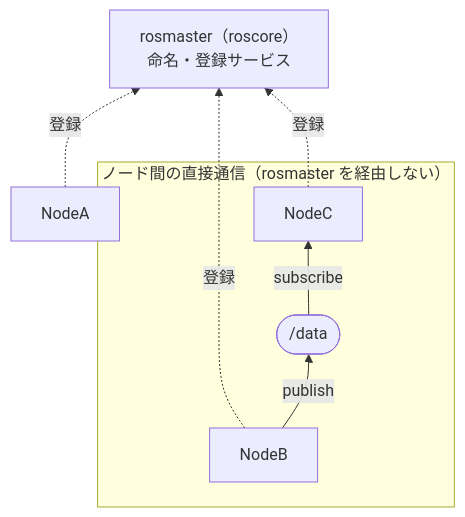
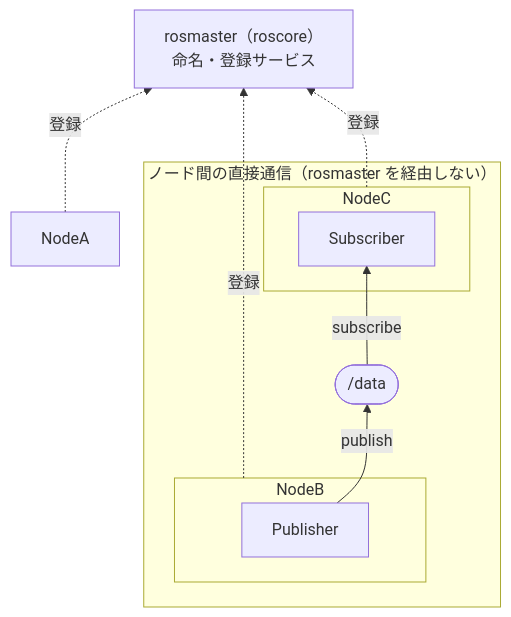
One commit to Harlequinade1123/ros1-tutorials changed the fourth of 4 diagrams in docs/01_introduction.md. Above: the diagram before and after it, drawn with Mermaid. The commit also changed other lines of this file, not shown here.

Commit message:
docs: add Publisher/Subscriber subgraphs to node diagrams in ch.1

````diff
--- a/docs/01_introduction.md
+++ b/docs/01_introduction.md
@@ -138,15 +157,19 @@
 ```mermaid
 graph BT
     rosmaster["rosmaster（roscore）<br/>命名・登録サービス"]
     NodeA["NodeA"]
     subgraph direct["ノード間の直接通信（rosmaster を経由しない）"]
-        NodeB["NodeB"]
+        subgraph nodeBsg ["NodeB"]
+            nbPub["Publisher"]
+        end
         topic(["/data"])
-        NodeC["NodeC"]
+        subgraph nodeCsg ["NodeC"]
+            ncSub["Subscriber"]
+        end
     end
     NodeA -.->|"登録"| rosmaster
-    NodeB -.->|"登録"| rosmaster
-    NodeC -.->|"登録"| rosmaster
-    NodeB -->|"publish"| topic
-    topic -->|"subscribe"| NodeC
+    nodeBsg -.->|"登録"| rosmaster
+    nodeCsg -.->|"登録"| rosmaster
+    nbPub -->|"publish"| topic
+    topic -->|"subscribe"| ncSub
 ```
````
